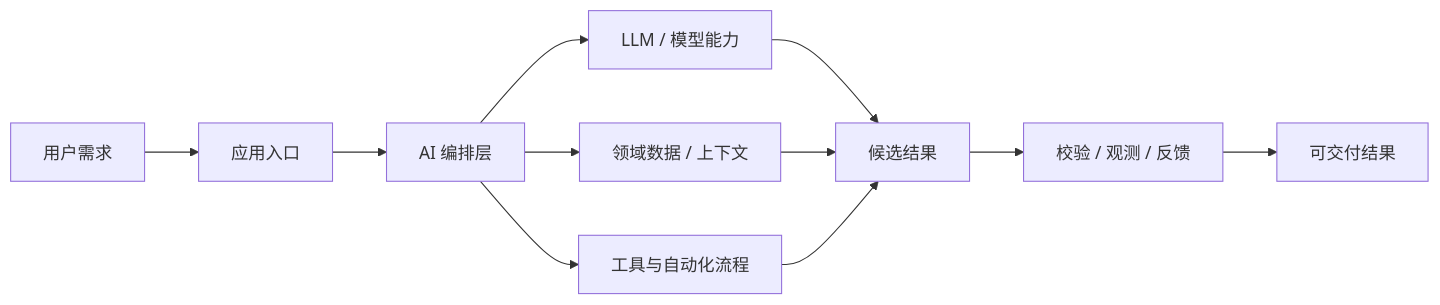
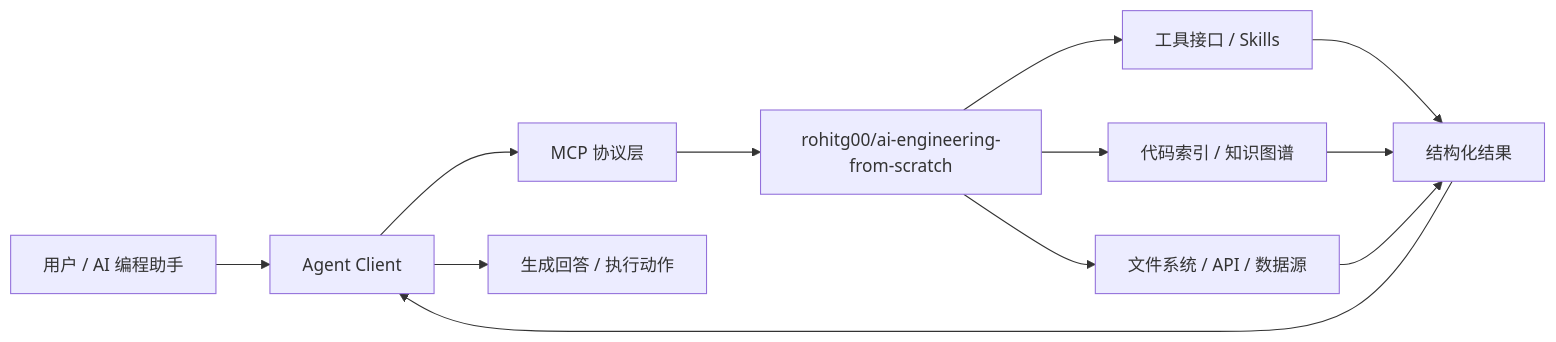
The third of 5 diagrams in TRENDING.md (Lingwangla/github_trend), drawn with Mermaid before and after one commit. The commit also changed other lines of this file and 1 other file, not shown here.

````diff
--- a/TRENDING.md
+++ b/TRENDING.md
@@ -106,13 +108,14 @@
 ```mermaid
 flowchart LR
-    User[用户需求] --> Interface[应用入口]
-    Interface --> Orchestrator[AI 编排层]
-    Orchestrator --> Model[LLM / 模型能力]
-    Orchestrator --> Data[领域数据 / 上下文]
-    Orchestrator --> Tools[工具与自动化流程]
-    Model --> Result[候选结果]
+    User[用户 / AI 编程助手] --> Client[Agent Client]
+    Client --> Protocol[MCP 协议层]
+    Protocol --> Server[rohitg00/ai-engineering-from-scratch]
+    Server --> Tools[工具接口 / Skills]
+    Server --> Index[代码索引 / 知识图谱]
+    Server --> Data[文件系统 / API / 数据源]
+    Tools --> Result[结构化结果]
+    Index --> Result
     Data --> Result
-    Tools --> Result
-    Result --> Review[校验 / 观测 / 反馈]
-    Review --> Output[可交付结果]
+    Result --> Client
+    Client --> Answer[生成回答 / 执行动作]
 ```
````
